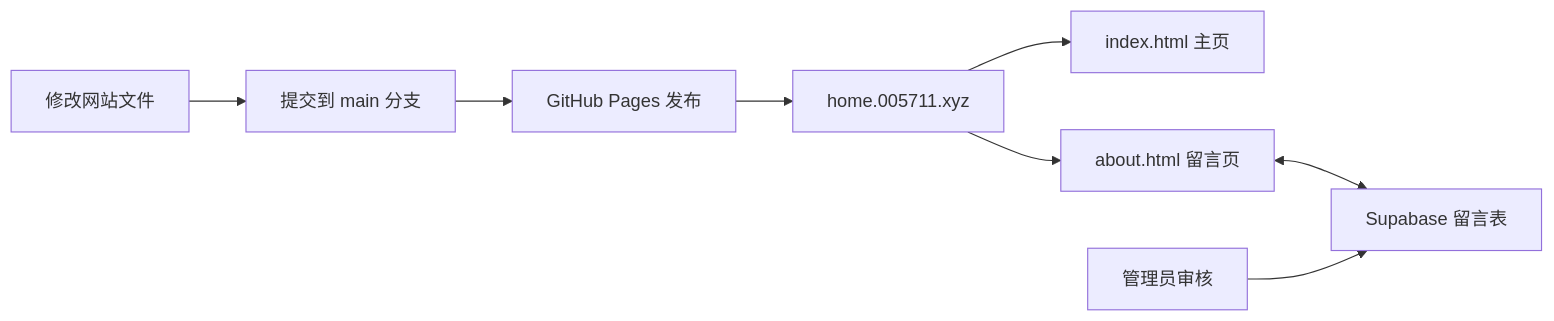
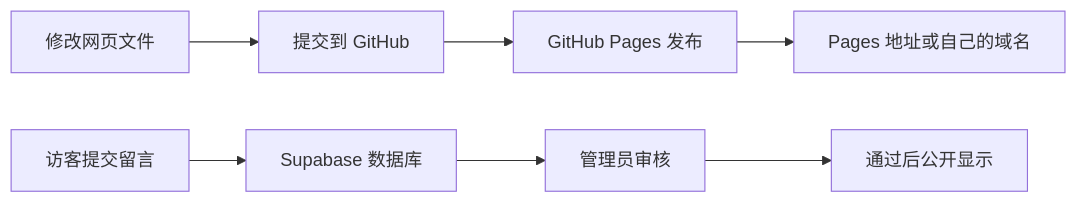
One commit to hbxs0571/hbxs0571.github.io changed the first of 3 diagrams in docs/重新部署教程.md. Above: the diagram before and after it, drawn with Mermaid. The commit also changed other lines of this file, not shown here.

First line of the commit message:
更新 GitHub Pages 部署教程

````diff
--- a/docs/重新部署教程.md
+++ b/docs/重新部署教程.md
@@ -11,10 +21,9 @@
-~~~mermaid
+```mermaid
 flowchart LR
-    A[修改网站文件] --> B[提交到 main 分支]
+    A[修改网页文件] --> B[提交到 GitHub]
     B --> C[GitHub Pages 发布]
-    C --> D[home.005711.xyz]
-    D --> E[index.html 主页]
-    D --> F[about.html 留言页]
-    F <--> G[Supabase 留言表]
-    H[管理员审核] --> G
-~~~
+    C --> D[Pages 地址或自己的域名]
+    E[访客提交留言] --> F[Supabase 数据库]
+    F --> G[管理员审核]
+    G --> H[通过后公开显示]
+```
````
